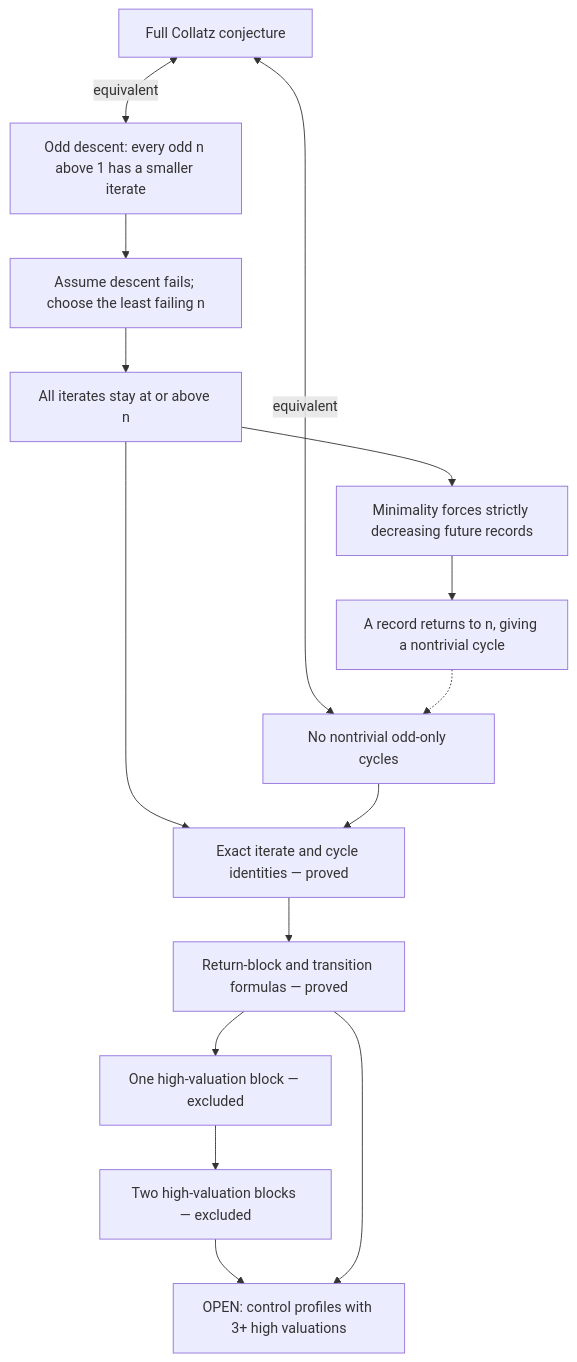
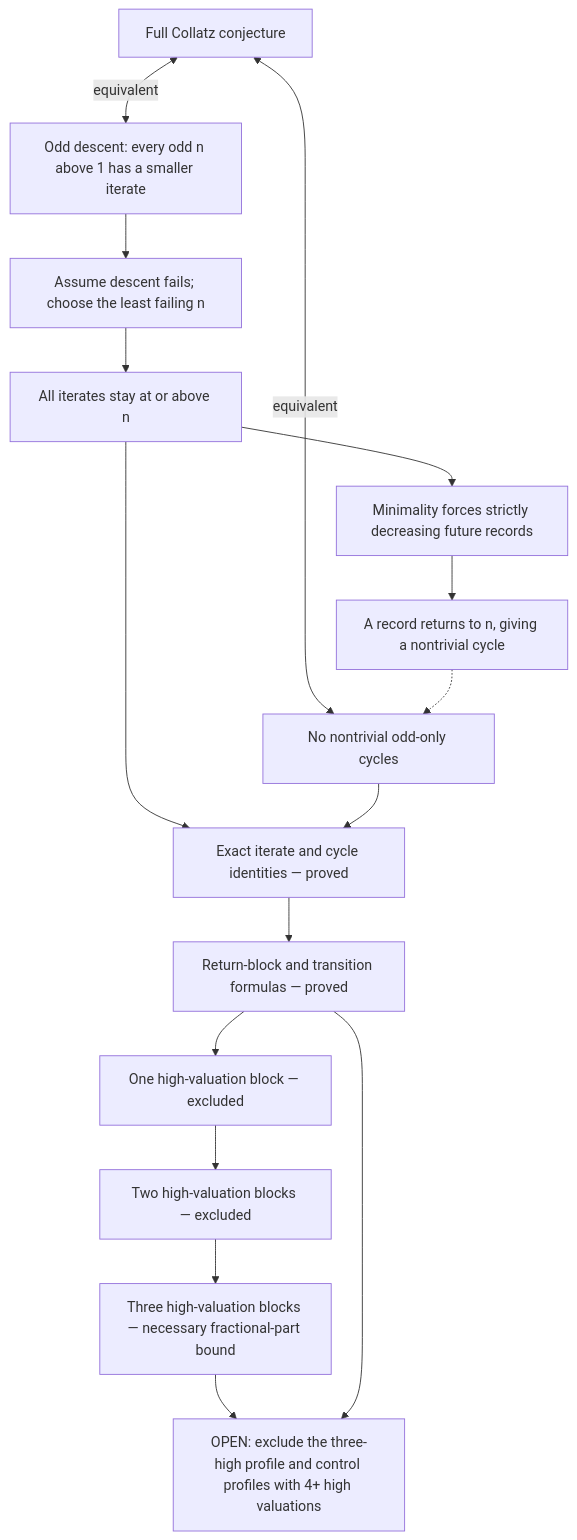
The diagram in ROADMAP.md (bassnicole1026-pixel/uctproject), drawn with Mermaid before and after one commit. The commit also changed other lines of this file and 1 other file, not shown here.

Commit message:
Constrain three-block Collatz cycles

````diff
--- a/ROADMAP.md
+++ b/ROADMAP.md
@@ -1230,17 +1270,18 @@
 ```mermaid
 flowchart TD
     C["Full Collatz conjecture"] <-->|equivalent| D["Odd descent: every odd n above 1 has a smaller iterate"]
     C <-->|equivalent| Q["No nontrivial odd-only cycles"]
     D --> H["Assume descent fails; choose the least failing n"]
     H --> N["All iterates stay at or above n"]
     N --> R["Minimality forces strictly decreasing future records"]
     R --> Y["A record returns to n, giving a nontrivial cycle"]
     Y -.-> Q
     N --> I["Exact iterate and cycle identities — proved"]
     Q --> I
     I --> B["Return-block and transition formulas — proved"]
     B --> H1["One high-valuation block — excluded"]
     H1 --> H2["Two high-valuation blocks — excluded"]
-    H2 --> O["OPEN: control profiles with 3+ high valuations"]
+    H2 --> H3["Three high-valuation blocks — necessary fractional-part bound"]
+    H3 --> O["OPEN: exclude the three-high profile and control profiles with 4+ high valuations"]
     B --> O
 ```
````
